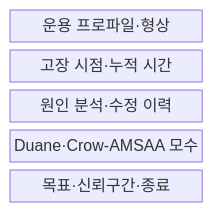
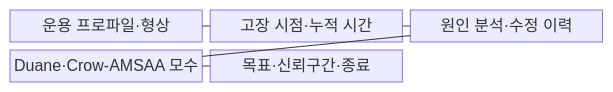
Before and after one commit to agnusdei1207/knowledge-base: the first of 2 diagrams in src/content/docs/notes/06-evaluation/025_reliability_growth_model.md, drawn with Mermaid. The commit also changed other lines of this file and 53 other files, not shown here.

````diff
--- a/src/content/docs/notes/06-evaluation/025_reliability_growth_model.md
+++ b/src/content/docs/notes/06-evaluation/025_reliability_growth_model.md
@@ -62,9 +62,13 @@
 ```mermaid
 block-beta
-  columns 1
+  columns 3
   O["운용 프로파일·형상"]
   F["고장 시점·누적 시간"]
   C["원인 분석·수정 이력"]
   M["Duane·Crow-AMSAA 모수"]
   D["목표·신뢰구간·종료"]
+  O --- F
+  F --- C
+  C --- M
+  M --- D
 ```
````
